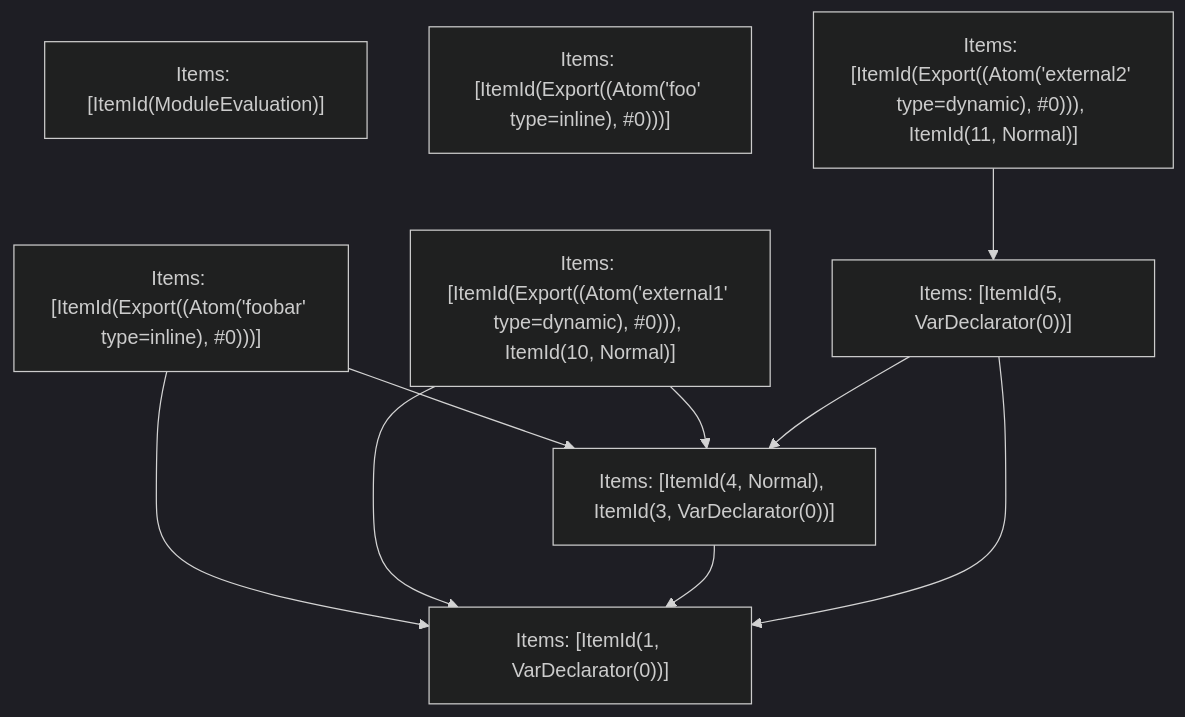
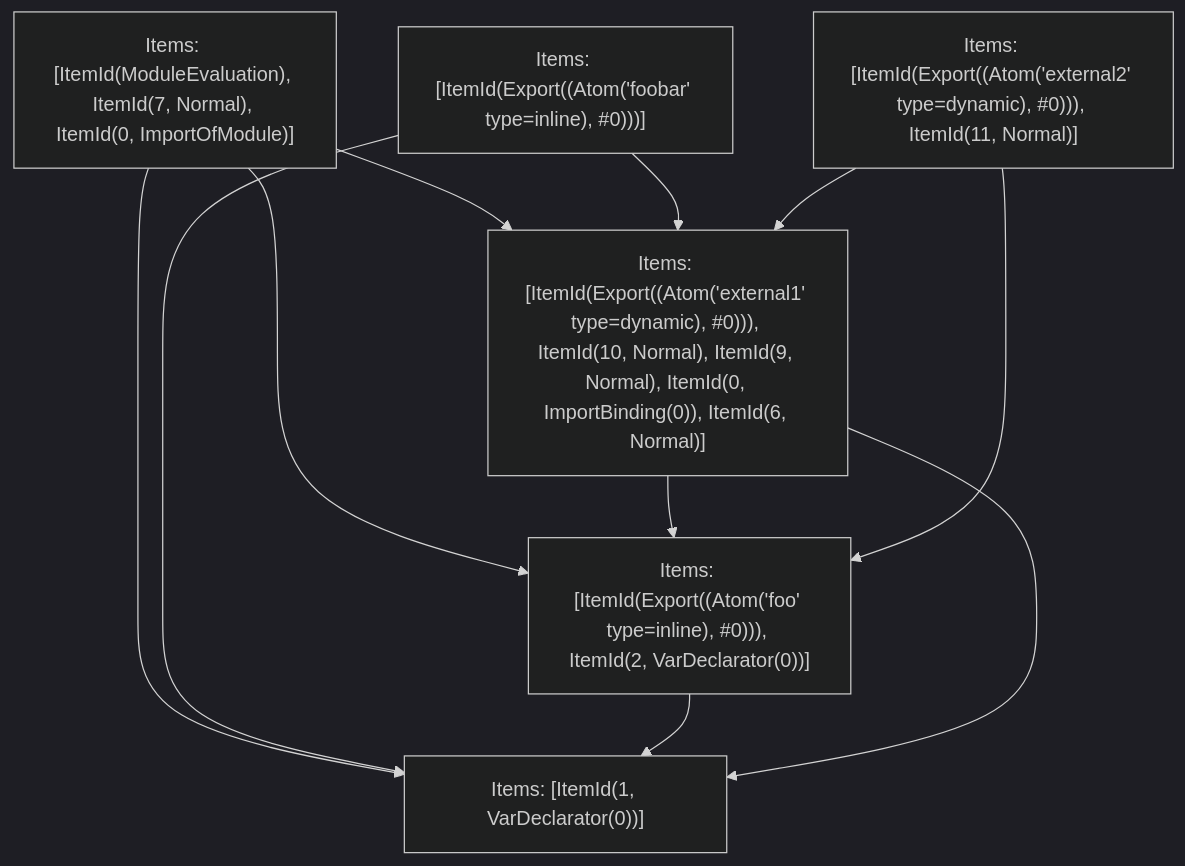
Before and after one commit to vercel/turborepo: the fifth of 5 diagrams in crates/turbopack-ecmascript/tests/tree-shaker/analyzer/1/output.md, drawn with Mermaid (dark theme). The commit also changed other lines of this file and 2 other files, not shown here.

Commit message:
Update test refs

````diff
--- a/crates/turbopack-ecmascript/tests/tree-shaker/analyzer/1/output.md
+++ b/crates/turbopack-ecmascript/tests/tree-shaker/analyzer/1/output.md
@@ -341,19 +341,19 @@
 ```mermaid
 graph TD
-    N0["Items: [ItemId(ModuleEvaluation)]"];
+    N0["Items: [ItemId(ModuleEvaluation), ItemId(7, Normal), ItemId(0, ImportOfModule)]"];
     N1["Items: [ItemId(Export((Atom('foobar' type=inline), #0)))]"];
-    N2["Items: [ItemId(Export((Atom('foo' type=inline), #0)))]"];
-    N3["Items: [ItemId(Export((Atom('external1' type=dynamic), #0))), ItemId(10, Normal)]"];
+    N2["Items: [ItemId(Export((Atom('foo' type=inline), #0))), ItemId(2, VarDeclarator(0))]"];
+    N3["Items: [ItemId(Export((Atom('external1' type=dynamic), #0))), ItemId(10, Normal), ItemId(9, Normal), ItemId(0, ImportBinding(0)), ItemId(6, Normal)]"];
     N4["Items: [ItemId(Export((Atom('external2' type=dynamic), #0))), ItemId(11, Normal)]"];
     N5["Items: [ItemId(1, VarDeclarator(0))]"];
-    N6["Items: [ItemId(4, Normal), ItemId(3, VarDeclarator(0))]"];
-    N7["Items: [ItemId(5, VarDeclarator(0))]"];
+    N0 --> N3;
+    N0 --> N5;
+    N0 --> N2;
     N1 --> N5;
-    N1 --> N6;
+    N1 --> N3;
+    N2 --> N5;
     N3 --> N5;
-    N3 --> N6;
-    N4 --> N7;
-    N6 --> N5;
-    N7 --> N5;
-    N7 --> N6;
+    N3 --> N2;
+    N4 --> N2;
+    N4 --> N3;
 ```
````
